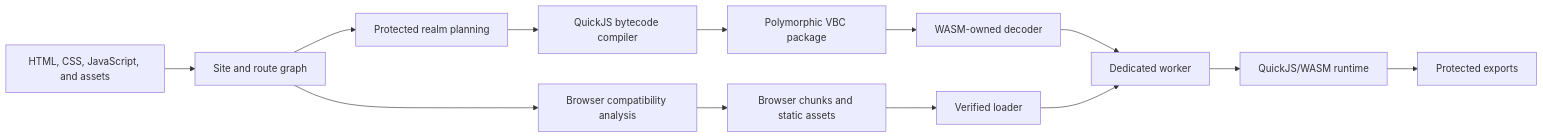
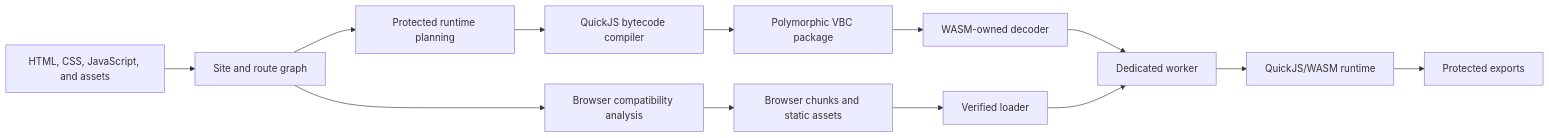
One commit to Ascension-Digital-Technologies/Venom changed the first of 2 diagrams in README.md. Above: the diagram before and after it, drawn with Mermaid. The commit also changed other lines of this file and 622 other files, not shown here.

````diff
--- a/README.md
+++ b/README.md
@@ -163,15 +247,15 @@
 ```mermaid
 flowchart LR
     A[HTML, CSS, JavaScript, and assets] --> B[Site and route graph]
     B --> C[Browser compatibility analysis]
-    B --> D[Protected realm planning]
+    B --> D[Protected runtime planning]
     D --> E[QuickJS bytecode compiler]
     E --> F[Polymorphic VBC package]
     C --> G[Browser chunks and static assets]
     F --> H[WASM-owned decoder]
     G --> I[Verified loader]
     H --> J[Dedicated worker]
     I --> J
     J --> K[QuickJS/WASM runtime]
     K --> L[Protected exports]
 ```
````
